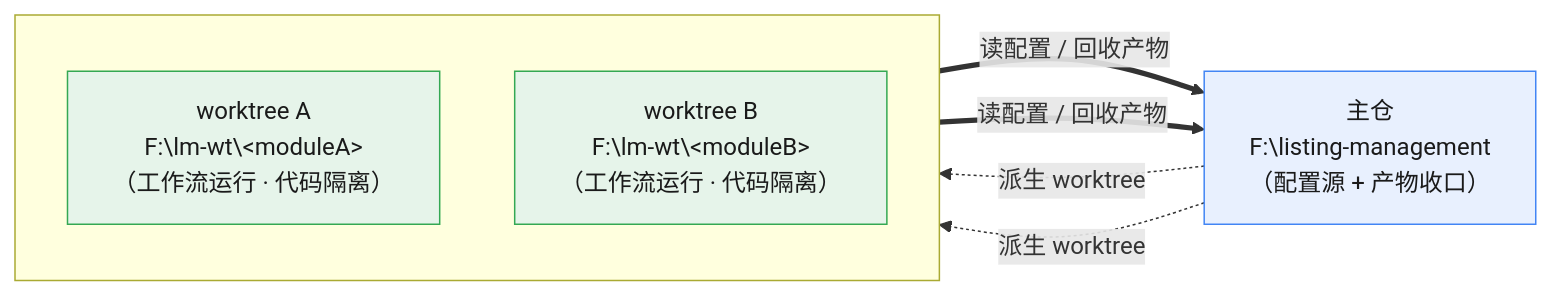
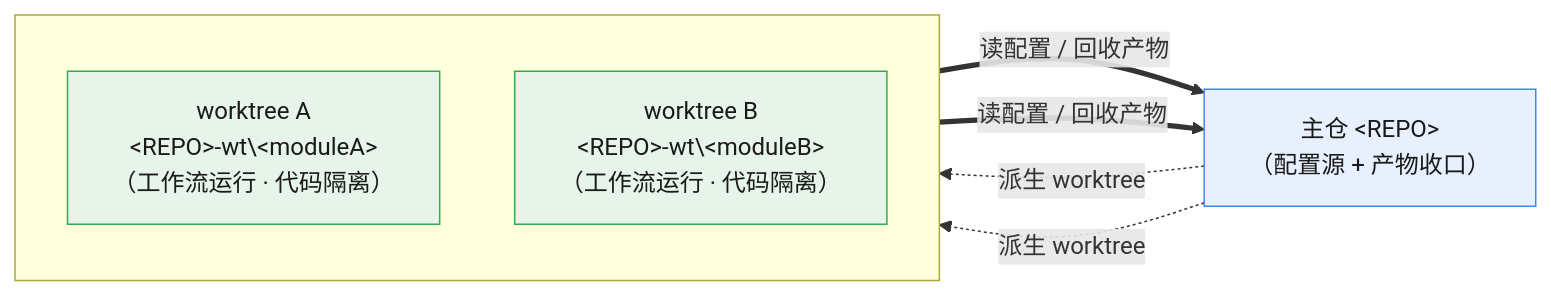
The diagram in .claude/commands/spec-wt.md (fengxinyhyl/agent-workflow), drawn with Mermaid before and after one commit. The commit also changed other lines of this file and 1 other file, not shown here.

````diff
--- a/.claude/commands/spec-wt.md
+++ b/.claude/commands/spec-wt.md
@@ -301,20 +361,20 @@
 ```mermaid
 flowchart LR
-    MAIN["主仓<br/>F:\listing-management<br/>（配置源 + 产物收口）"]
+    MAIN["主仓 &lt;REPO&gt;<br/>（配置源 + 产物收口）"]
 
     subgraph WTS[" "]
         direction TB
-        WTA["worktree A<br/>F:\lm-wt\&lt;moduleA&gt;<br/>（工作流运行 · 代码隔离）"]
-        WTB["worktree B<br/>F:\lm-wt\&lt;moduleB&gt;<br/>（工作流运行 · 代码隔离）"]
+        WTA["worktree A<br/>&lt;REPO&gt;-wt\&lt;moduleA&gt;<br/>（工作流运行 · 代码隔离）"]
+        WTB["worktree B<br/>&lt;REPO&gt;-wt\&lt;moduleB&gt;<br/>（工作流运行 · 代码隔离）"]
     end
 
     MAIN -.->|"派生 worktree"| WTA
     MAIN -.->|"派生 worktree"| WTB
     WTA ==>|"读配置 / 回收产物"| MAIN
     WTB ==>|"读配置 / 回收产物"| MAIN
 
     classDef main fill:#e8f0fe,stroke:#4285f4,color:#1a1a1a;
     classDef wt fill:#e6f4ea,stroke:#34a853,color:#1a1a1a;
     class MAIN main;
     class WTA,WTB wt;
 ```
````
